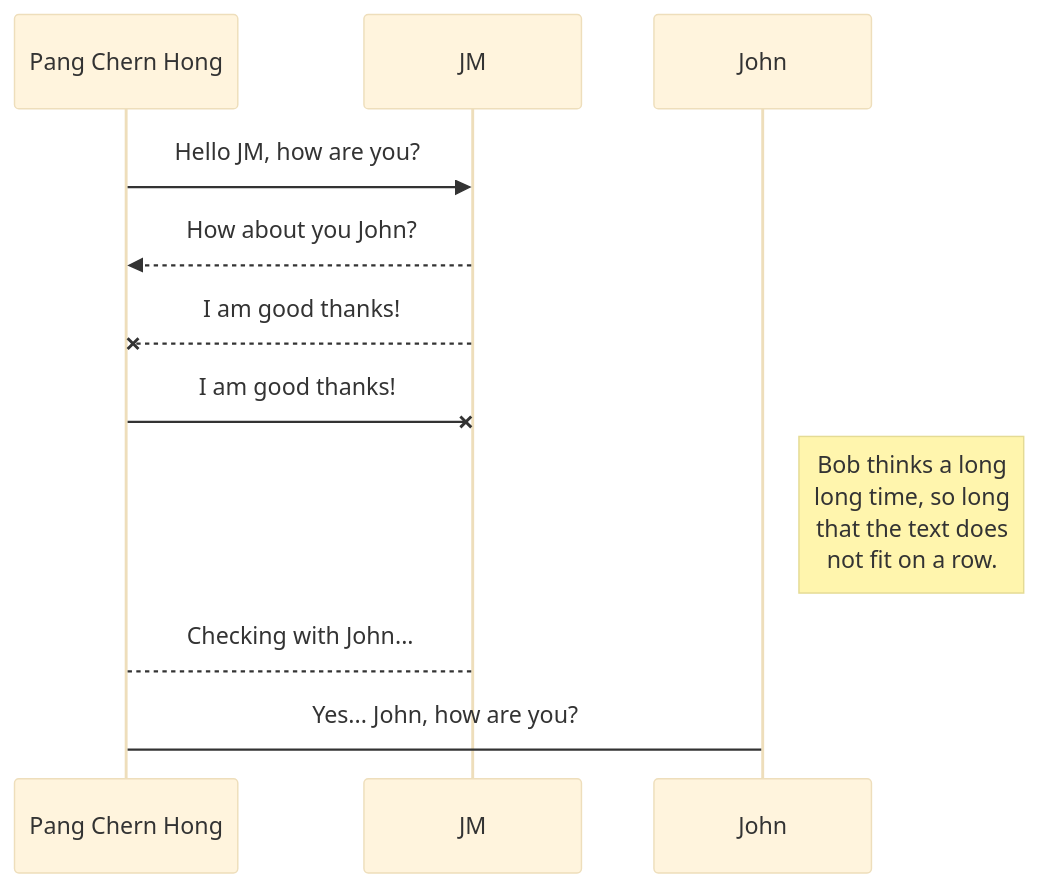
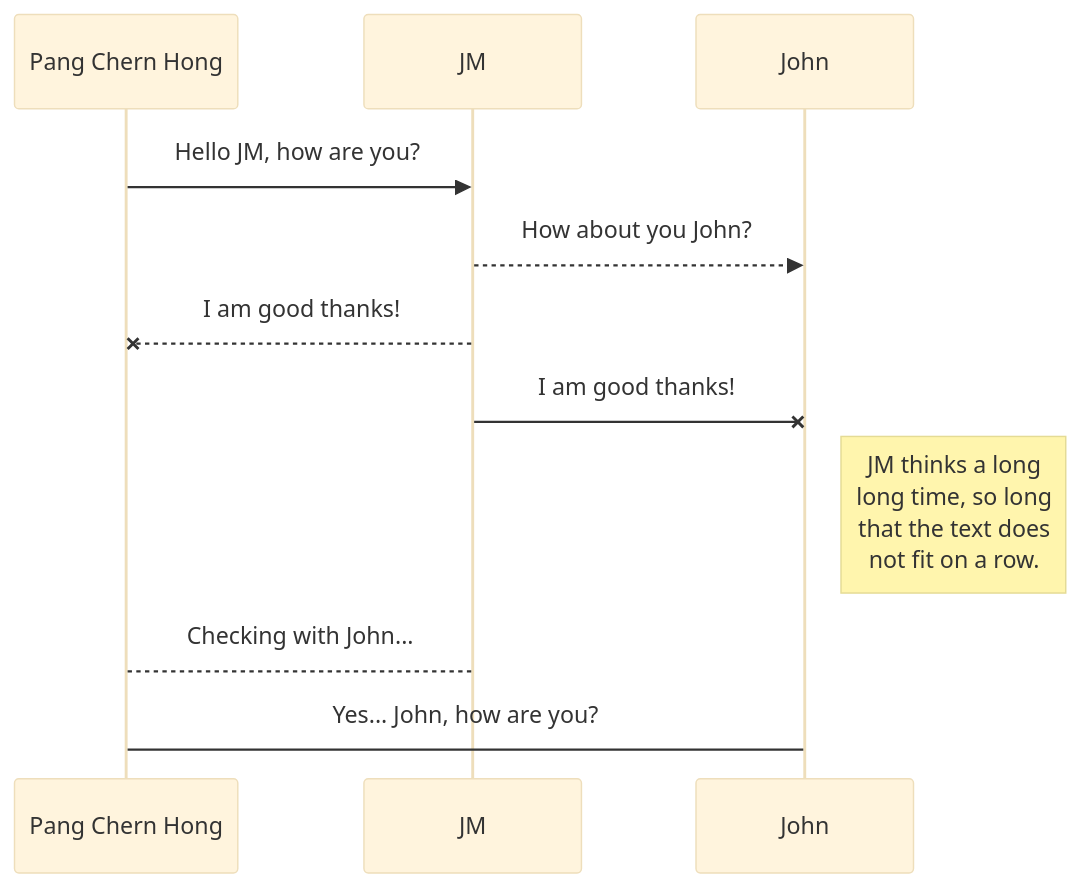
The diagram in exercise/BDM/PangyourQA1/exercise1.md (drshahizan/learn-github), drawn with Mermaid (base theme) before and after one commit. The commit also changed other lines of this file, not shown here.

````diff
--- a/exercise/BDM/PangyourQA1/exercise1.md
+++ b/exercise/BDM/PangyourQA1/exercise1.md
@@ -31,11 +31,11 @@
 ```mermaid
 sequenceDiagram
 Pang Chern Hong ->> JM: Hello JM, how are you?
-JM-->>Pang Chern Hong: How about you John?
+JM-->>John: How about you John?
 JM--x Pang Chern Hong: I am good thanks!
-Pang Chern Hong-x JM: I am good thanks!
-Note right of John: Bob thinks a long<br/>long time, so long<br/>that the text does<br/>not fit on a row.
+JM-x John: I am good thanks!
+Note right of John: JM thinks a long<br/>long time, so long<br/>that the text does<br/>not fit on a row.
 
 JM-->Pang Chern Hong: Checking with John...
 Pang Chern Hong->John: Yes... John, how are you?
 ```
````
